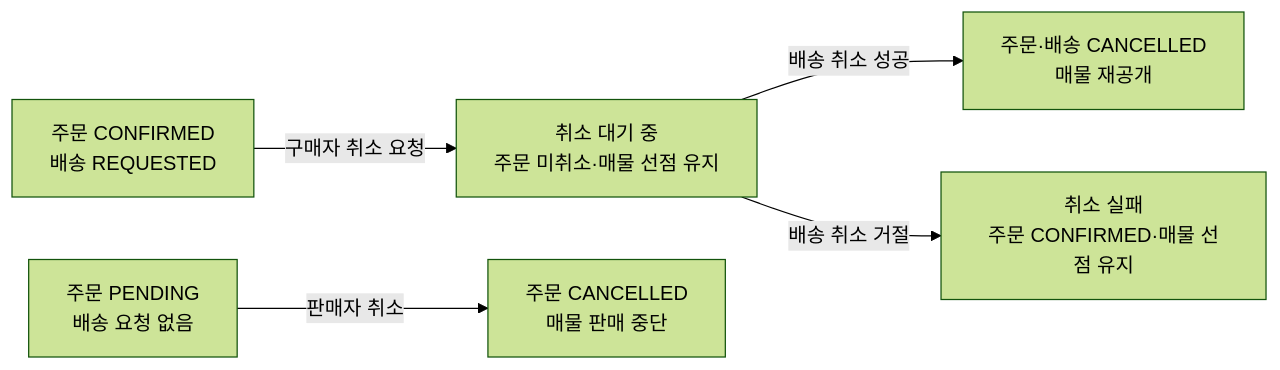
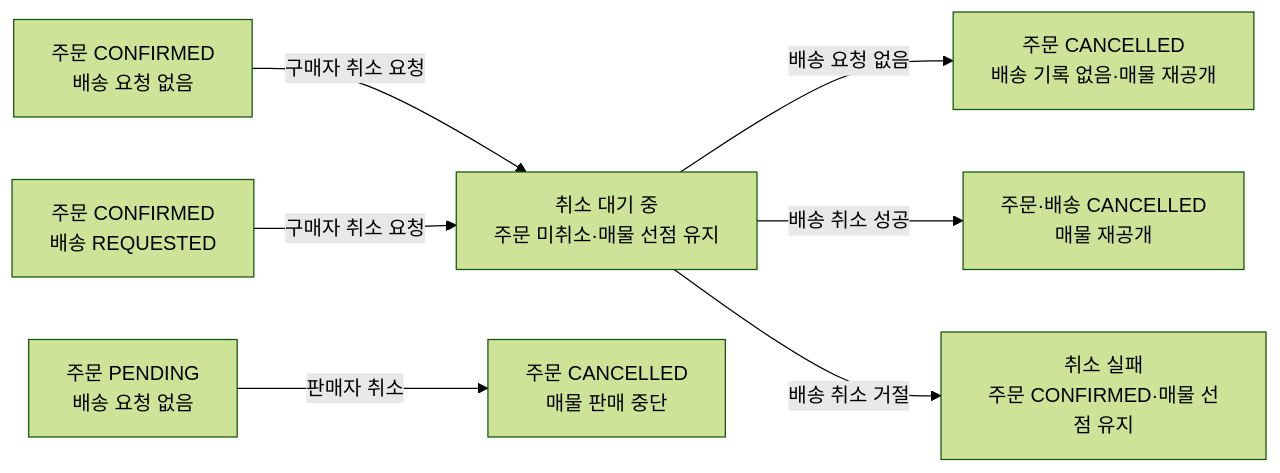
The second of 2 diagrams in docs/policy/order.md (woowacourse-teams/2026-setty), drawn with Mermaid (forest theme) before and after one commit. The commit also changed other lines of this file and 2 other files, not shown here.

Commit message:
docs: 배송 요청 전 구매자 취소 허용 정책 반영

````diff
--- a/docs/policy/order.md
+++ b/docs/policy/order.md
@@ -51,13 +52,17 @@
 ```mermaid
 flowchart LR
     P["주문 PENDING<br/>배송 요청 없음"]
+    N["주문 CONFIRMED<br/>배송 요청 없음"]
     R["주문 CONFIRMED<br/>배송 REQUESTED"]
     W["취소 대기 중<br/>주문 미취소·매물 선점 유지"]
     SC["주문 CANCELLED<br/>매물 판매 중단"]
+    NC["주문 CANCELLED<br/>배송 기록 없음·매물 재공개"]
     BC["주문·배송 CANCELLED<br/>매물 재공개"]
     BF["취소 실패<br/>주문 CONFIRMED·매물 선점 유지"]
     P -->|"판매자 취소"| SC
+    N -->|"구매자 취소 요청"| W
     R -->|"구매자 취소 요청"| W
+    W -->|"배송 요청 없음"| NC
     W -->|"배송 취소 성공"| BC
     W -->|"배송 취소 거절"| BF
 ```
````
